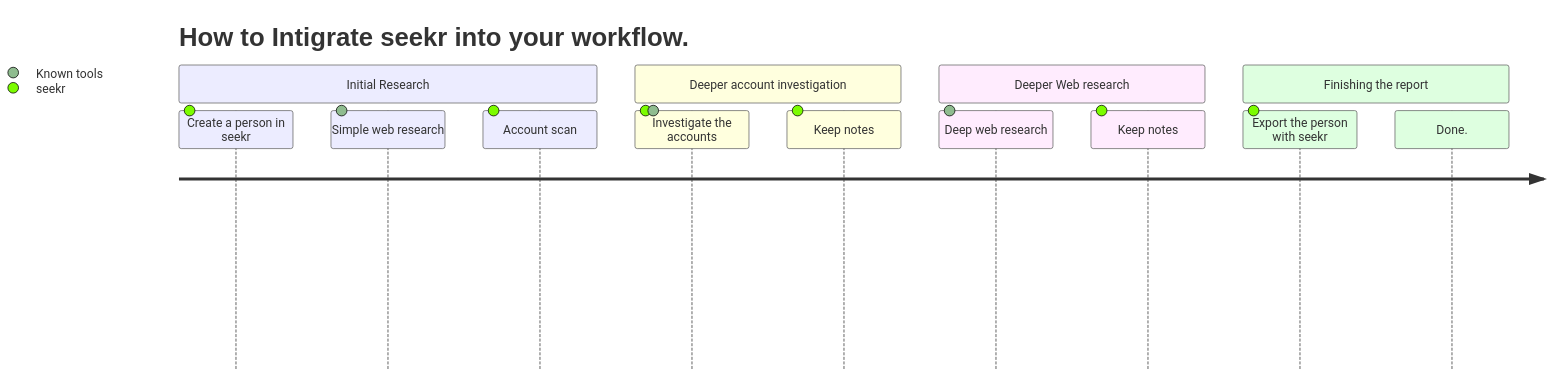
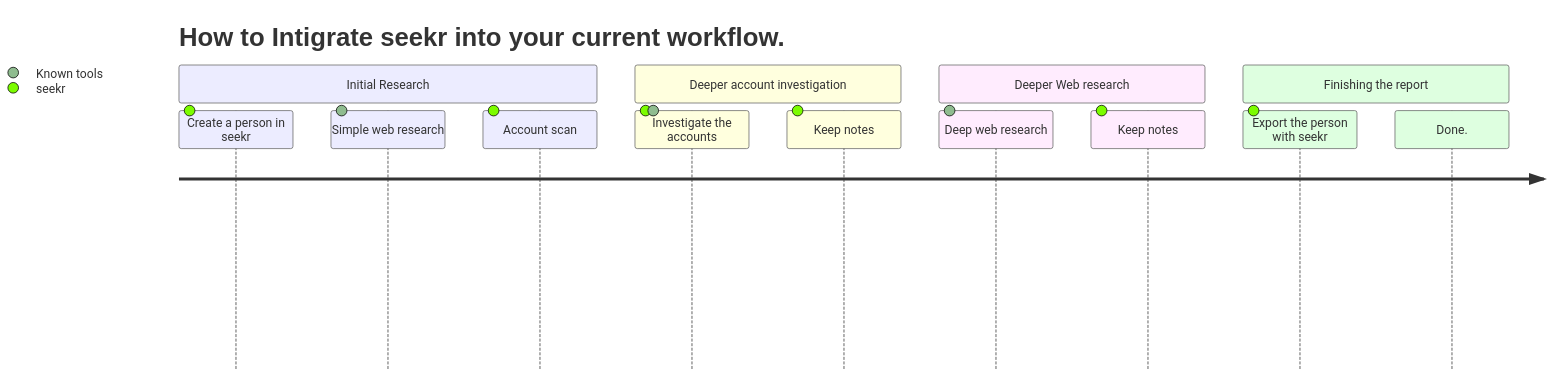
Before and after one commit to seekr-osint/seekr: the diagram in README.md, drawn with Mermaid.

````diff
--- a/README.md
+++ b/README.md
@@ -16,17 +16,17 @@
 ```mermaid
 journey
-	title How to Intigrate seekr into your workflow.
+	title How to Intigrate seekr into your current workflow.
 	section Initial Research
 		Create a person in seekr: 100: seekr
     Simple web research: 100: Known tools
 		Account scan: 100: seekr
 	section Deeper account investigation
 		Investigate the accounts: 100: seekr, Known tools
 		Keep notes: 100: seekr
   section Deeper Web research
     Deep web research: 100: Known tools
     Keep notes: 100: seekr
 	section Finishing the report
 		Export the person with seekr: 100: seekr
 		Done.: 100
 ```
````
